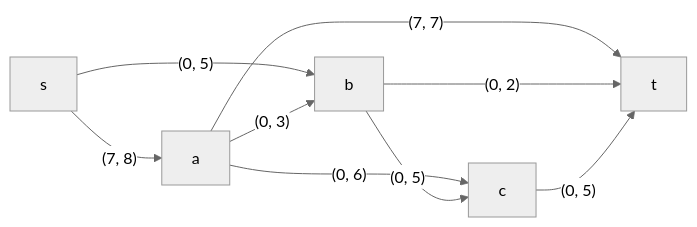
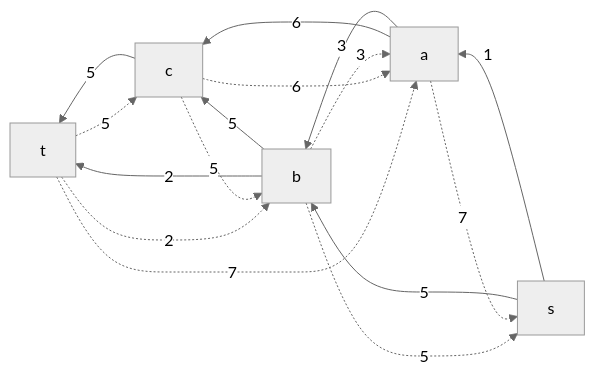
One commit to hse-algo-24-crow/manual-tasks-crow changed the third of 7 diagrams in task-9/goidaz.md. Above: the diagram before and after it, drawn with Mermaid (neutral theme). The commit also changed other lines of this file, not shown here.

````diff
--- a/task-9/goidaz.md
+++ b/task-9/goidaz.md
@@ -65,11 +75,18 @@
-```mermaid
-graph LR
-s -- "(7, 8)" --> a
-s -- "(0, 5)" --> b
-a -- "(0, 3)" --> b
-a -- "(0, 6)" --> c
-a -- "(7, 7)" --> t
-b -- "(0, 5)" --> c
-b -- "(0, 2)" --> t
-c -- "(0, 5)" --> t
-```
+~~~mermaid
+graph RL
+    s-->|1|a
+    a-.->|7|s
+    s-->|5|b
+    b-.->|5|s
+    t-.->|7|a
+    a-->|3|b
+    b-.->|3|a
+    a-->|6|c
+    c-.->|6|a
+    b-->|5|c
+    c-.->|5|b
+    b-->|2|t
+    t-.->|2|b
+    c-->|5|t
+    t-.->|5|c
+~~~
````
